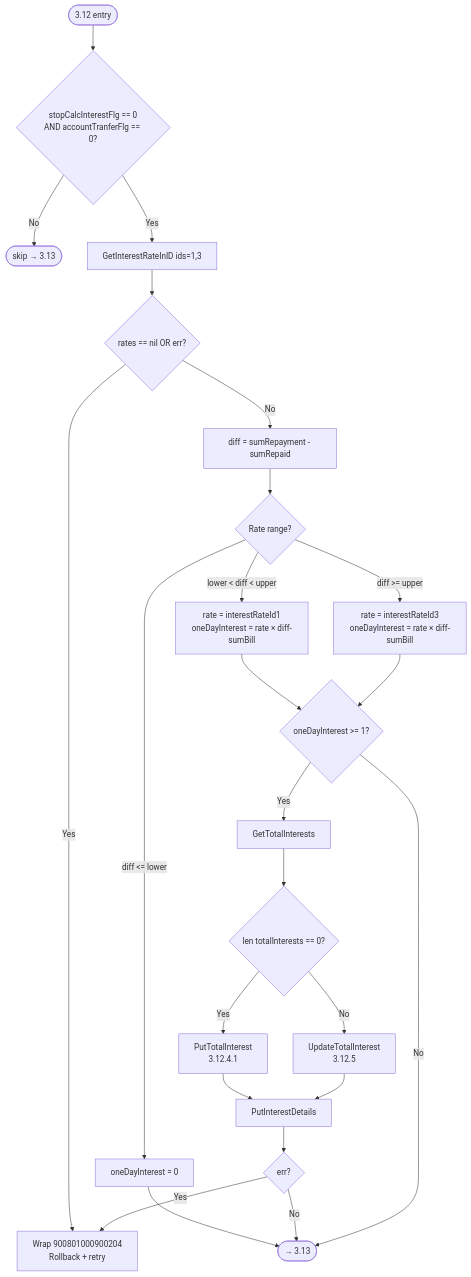
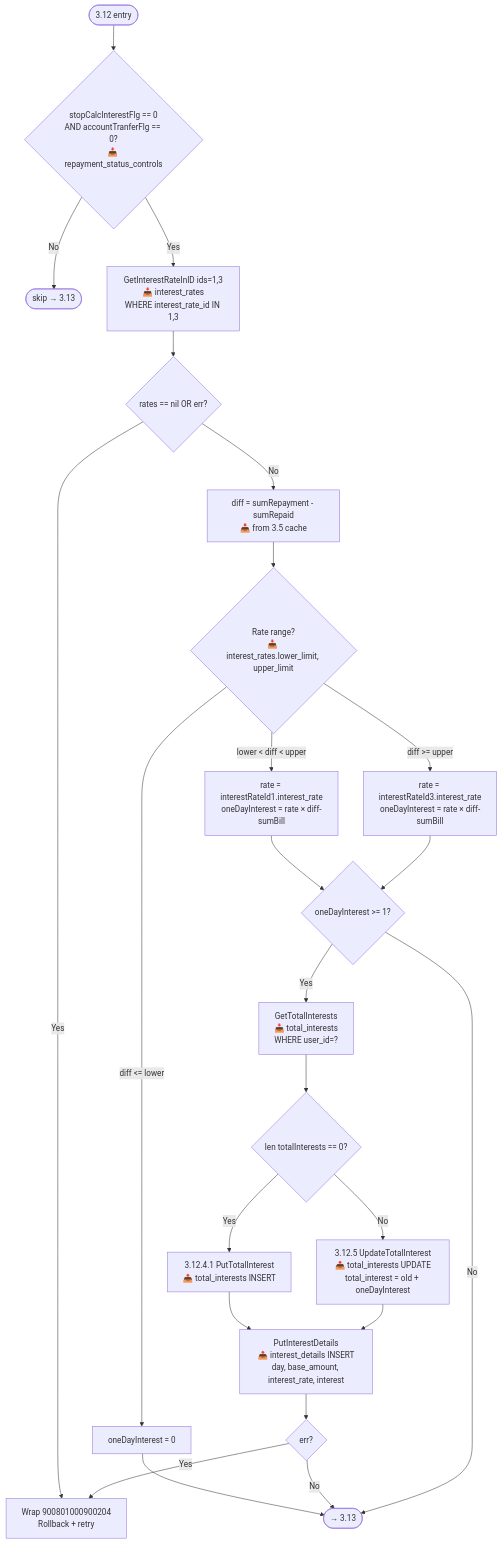
Before and after one commit to tungvv318/git-talk: the seventh of 12 diagrams in README.md, drawn with Mermaid. The commit also changed other lines of this file, not shown here.

````diff
--- a/README.md
+++ b/README.md
@@ -146,28 +150,28 @@
 ```mermaid
 flowchart TD
-    Start([3.12 entry]) --> G1{stopCalcInterestFlg == 0<br/>AND accountTranferFlg == 0?}
+    Start([3.12 entry]) --> G1{stopCalcInterestFlg == 0<br/>AND accountTranferFlg == 0?<br/>📥 repayment_status_controls}
     G1 -- No --> Skip([skip → 3.13])
-    G1 -- Yes --> GetRates[GetInterestRateInID ids=1,3]
+    G1 -- Yes --> GetRates[GetInterestRateInID ids=1,3<br/>📥 interest_rates<br/>WHERE interest_rate_id IN 1,3]
     GetRates --> RatesErr{rates == nil OR err?}
     RatesErr -- Yes --> Rollback[Wrap 900801000900204<br/>Rollback + retry]
-    RatesErr -- No --> Diff[diff = sumRepayment - sumRepaid]
+    RatesErr -- No --> Diff[diff = sumRepayment - sumRepaid<br/>📥 from 3.5 cache]
     
-    Diff --> Range{Rate range?}
-    Range -- lower < diff < upper --> Calc1[rate = interestRateId1<br/>oneDayInterest = rate × diff-sumBill]
+    Diff --> Range{Rate range?<br/>📥 interest_rates.lower_limit, upper_limit}
+    Range -- lower < diff < upper --> Calc1[rate = interestRateId1.interest_rate<br/>oneDayInterest = rate × diff-sumBill]
     Range -- diff <= lower --> Zero[oneDayInterest = 0]
-    Range -- diff >= upper --> Calc3[rate = interestRateId3<br/>oneDayInterest = rate × diff-sumBill]
+    Range -- diff >= upper --> Calc3[rate = interestRateId3.interest_rate<br/>oneDayInterest = rate × diff-sumBill]
     
     Calc1 --> IntChk{oneDayInterest >= 1?}
     Calc3 --> IntChk
     Zero --> End
-    IntChk -- Yes --> GetTotal[GetTotalInterests]
+    IntChk -- Yes --> GetTotal[GetTotalInterests<br/>📥 total_interests<br/>WHERE user_id=?]
     GetTotal --> Exists{len totalInterests == 0?}
-    Exists -- Yes --> PutTotal[PutTotalInterest<br/>3.12.4.1]
-    Exists -- No --> UpdTotal[UpdateTotalInterest<br/>3.12.5]
-    PutTotal --> PutDetail[PutInterestDetails]
+    Exists -- Yes --> PutTotal[3.12.4.1 PutTotalInterest<br/>📤 total_interests INSERT]
+    Exists -- No --> UpdTotal[3.12.5 UpdateTotalInterest<br/>📤 total_interests UPDATE<br/>total_interest = old + oneDayInterest]
+    PutTotal --> PutDetail[PutInterestDetails<br/>📤 interest_details INSERT<br/>day, base_amount, interest_rate, interest]
     UpdTotal --> PutDetail
     PutDetail --> IntChk2{err?}
     IntChk2 -- Yes --> Rollback
     IntChk2 -- No --> End
     IntChk -- No --> End([→ 3.13])
 ```
````
